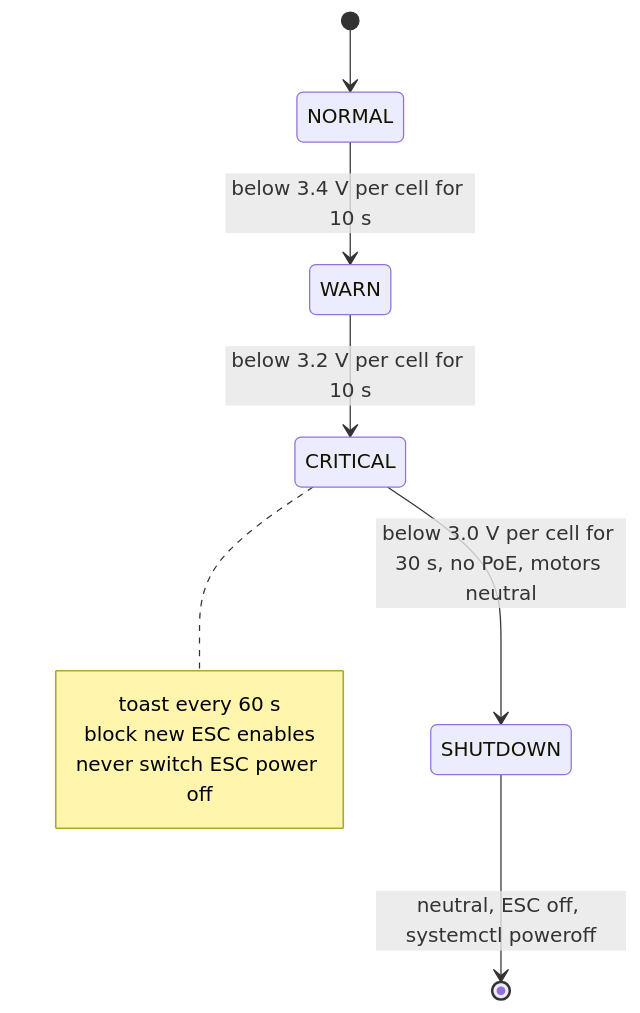
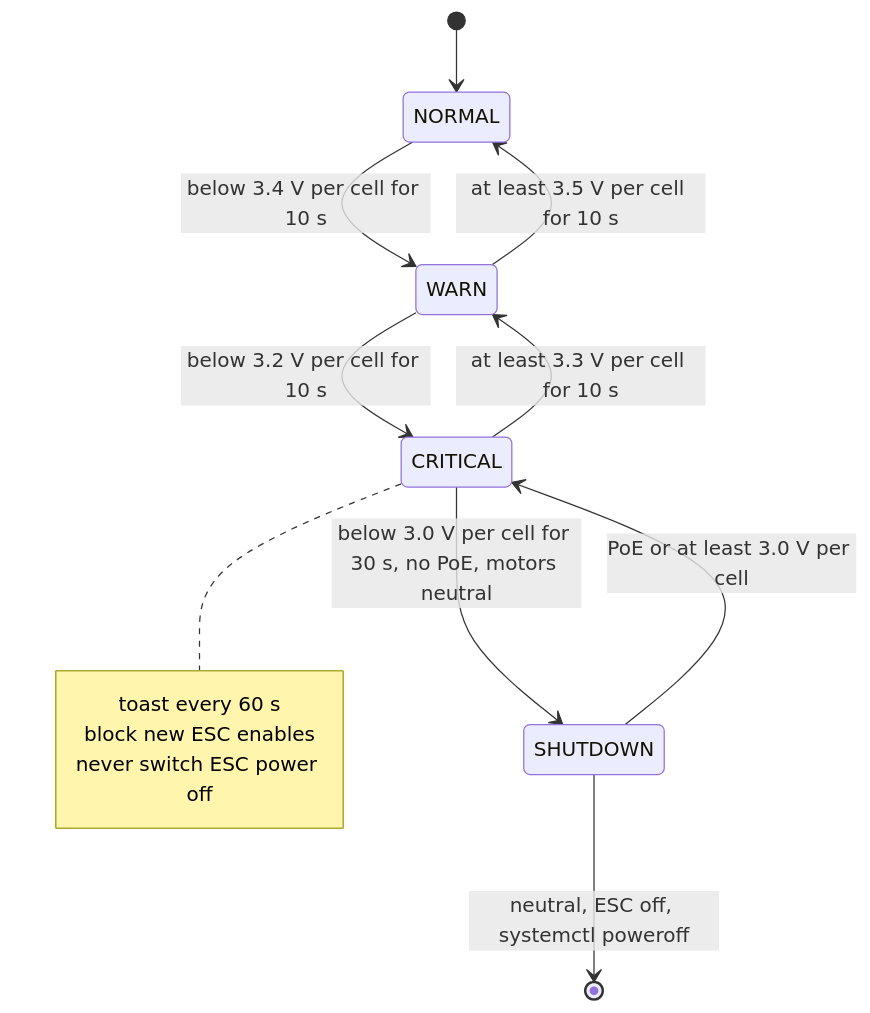
One commit to Tropaion/Manafish_Mainboard changed the eighth of 8 diagrams in docs/wiki/06-Runtime-View.md. Above: the diagram before and after it, drawn with Mermaid. The commit also changed other lines of this file and 75 other files, not shown here.

````diff
--- a/docs/wiki/06-Runtime-View.md
+++ b/docs/wiki/06-Runtime-View.md
@@ -243,13 +296,16 @@
 ```mermaid
 stateDiagram-v2
   [*] --> NORMAL
   NORMAL --> WARN: below 3.4 V per cell for 10 s
   WARN --> CRITICAL: below 3.2 V per cell for 10 s
   CRITICAL --> SHUTDOWN: below 3.0 V per cell for 30 s, no PoE, motors neutral
   SHUTDOWN --> [*]: neutral, ESC off, systemctl poweroff
+  SHUTDOWN --> CRITICAL: PoE or at least 3.0 V per cell
+  CRITICAL --> WARN: at least 3.3 V per cell for 10 s
+  WARN --> NORMAL: at least 3.5 V per cell for 10 s
   note right of CRITICAL
     toast every 60 s
     block new ESC enables
     never switch ESC power off
   end note
 ```
````
